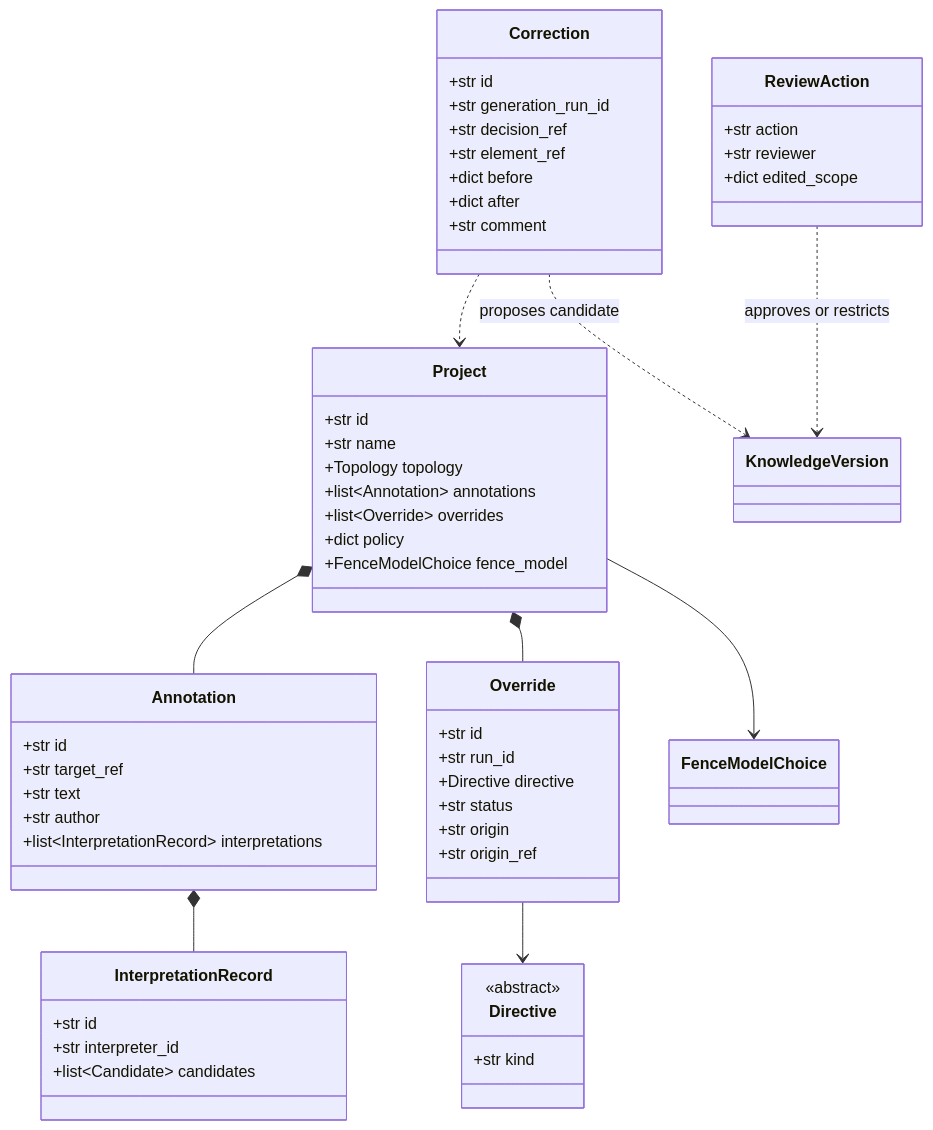
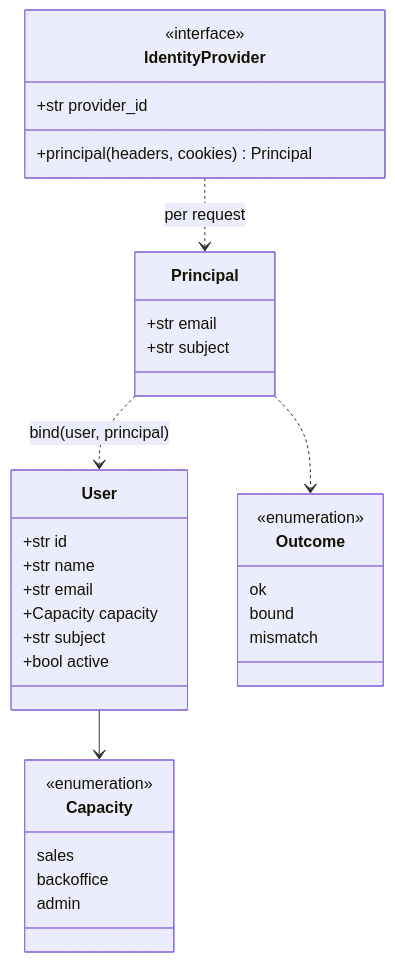
Before and after one commit to spicysauce1955-stack/BOM: diagram 20 of 27 in docs/architecture/02-entities.md, drawn with Mermaid. The commit also changed other lines of this file and 14 other files, not shown here.

````diff
--- a/docs/architecture/02-entities.md
+++ b/docs/architecture/02-entities.md
@@ -957,59 +2470,37 @@
 ```mermaid
 classDiagram
-    class Project {
+    class User {
         +str id
         +str name
-        +Topology topology
-        +list~Annotation~ annotations
-        +list~Override~ overrides
-        +dict policy
-        +FenceModelChoice fence_model
+        +str email
+        +Capacity capacity
+        +str subject
+        +bool active
     }
-    class Annotation {
-        +str id
-        +str target_ref
-        +str text
-        +str author
-        +list~InterpretationRecord~ interpretations
+    class Capacity {
+        <<enumeration>>
+        sales
+        backoffice
+        admin
     }
-    class InterpretationRecord {
-        +str id
-        +str interpreter_id
-        +list~Candidate~ candidates
+    class Principal {
+        +str email
+        +str subject
     }
-    class Override {
-        +str id
-        +str run_id
-        +Directive directive
-        +str status
-        +str origin
-        +str origin_ref
+    class IdentityProvider {
+        <<interface>>
+        +str provider_id
+        +principal(headers, cookies) Principal
     }
-    class Directive {
-        <<abstract>>
-        +str kind
-    }
-    class Correction {
-        +str id
-        +str generation_run_id
-        +str decision_ref
-        +str element_ref
-        +dict before
-        +dict after
-        +str comment
-    }
-    class ReviewAction {
-        +str action
-        +str reviewer
-        +dict edited_scope
+    class Outcome {
+        <<enumeration>>
+        ok
+        bound
+        mismatch
     }
 
-    Project *-- Annotation
-    Project *-- Override
-    Override --> Directive
-    Project --> FenceModelChoice
-    Annotation *-- InterpretationRecord
-    Correction ..> Project
-    Correction ..> KnowledgeVersion : proposes candidate
-    ReviewAction ..> KnowledgeVersion : approves or restricts
+    User --> Capacity
+    IdentityProvider ..> Principal : per request
+    Principal ..> User : bind(user, principal)
+    Principal ..> Outcome
 ```
````
